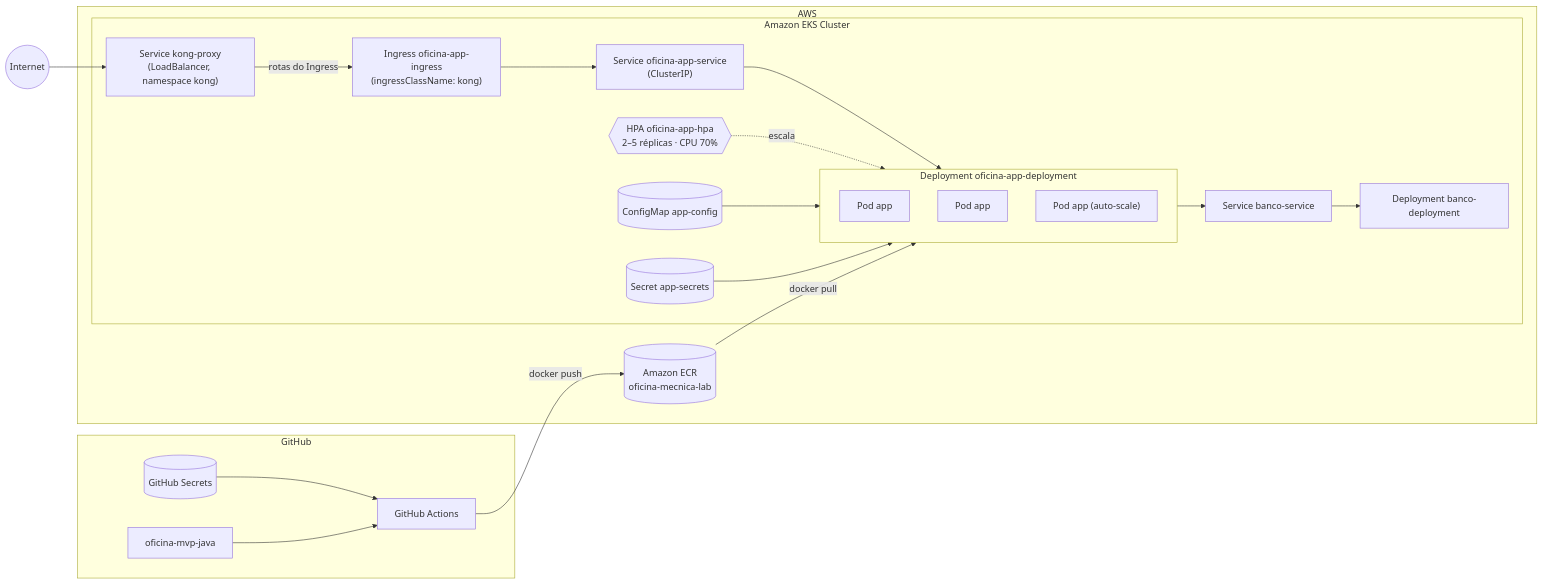
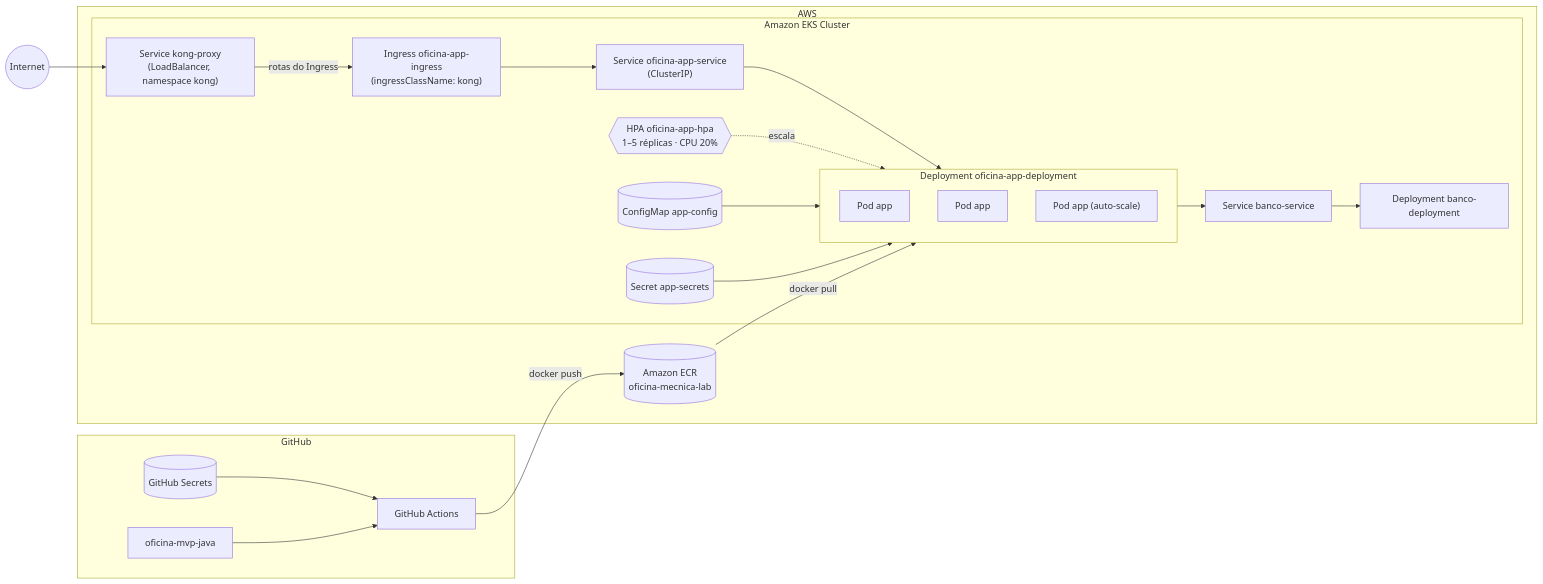
The second of 2 diagrams in README.md (lukebria/oficina-mvp-java-backend), drawn with Mermaid before and after one commit. The commit also changed other lines of this file and 1 other file, not shown here.

Commit message:
Corrige HPA (1-5/CPU 20%) e fecha decisoes tecnicas da Fase 3 na doc
- README e spec interno diziam 2-5 replicas/CPU 70%, mas k8s/hpa.yaml
  real sempre teve 1-5/CPU 20% (confirmado como valor intencional).
- Marca como fechadas as decisoes de observabilidade (New Relic),
  homolog/prod (namespaces no mesmo cluster), autoscaling de nos
  (somente HPA) e backend do state (S3 + DynamoDB lock), alinhado ao
  registro em POST-TECH/FASE-3/plans/00-decisoes-tecnicas.md.
- Corrige item 2.4 do spec: trabalho da Fase 3 ja estava commitado e
  mergeado via PR #24 antes desta verificacao, o spec estava desatualizado.
- Atualiza tabela de repositorios: oficina-mvp-infra-db ja foi criado.

````diff
--- a/README.md
+++ b/README.md
@@ -168,40 +168,40 @@
 ```mermaid
 flowchart LR
     subgraph GH["GitHub"]
         REPO["oficina-mvp-java"]
         GHA["GitHub Actions"]
         SECRETS[("GitHub Secrets")]
     end
 
     subgraph AWS["AWS"]
         ECR[("Amazon ECR<br/>oficina-mecnica-lab")]
         subgraph EKS["Amazon EKS Cluster"]
             KONGLB["Service kong-proxy<br/>(LoadBalancer, namespace kong)"]
             ING["Ingress oficina-app-ingress<br/>(ingressClassName: kong)"]
             SVC["Service oficina-app-service<br/>(ClusterIP)"]
-            HPA{{"HPA oficina-app-hpa<br/>2–5 réplicas · CPU 70%"}}
+            HPA{{"HPA oficina-app-hpa<br/>1–5 réplicas · CPU 20%"}}
             subgraph Pods["Deployment oficina-app-deployment"]
                 POD1["Pod app"]
                 POD2["Pod app"]
                 PODN["Pod app (auto-scale)"]
             end
             CM[("ConfigMap app-config")]
             SEC2[("Secret app-secrets")]
             DBDEP["Deployment banco-deployment"]
             DBSVC["Service banco-service"]
         end
     end
 
     INTERNET(("Internet")) --> KONGLB
     KONGLB -->|"rotas do Ingress"| ING
     ING --> SVC
     SVC --> Pods
     HPA -. escala .-> Pods
     CM --> Pods
     SEC2 --> Pods
     Pods --> DBSVC --> DBDEP
     GHA -->|"docker push"| ECR
     ECR -->|"docker pull"| Pods
     SECRETS --> GHA
     REPO --> GHA
 ```
````
